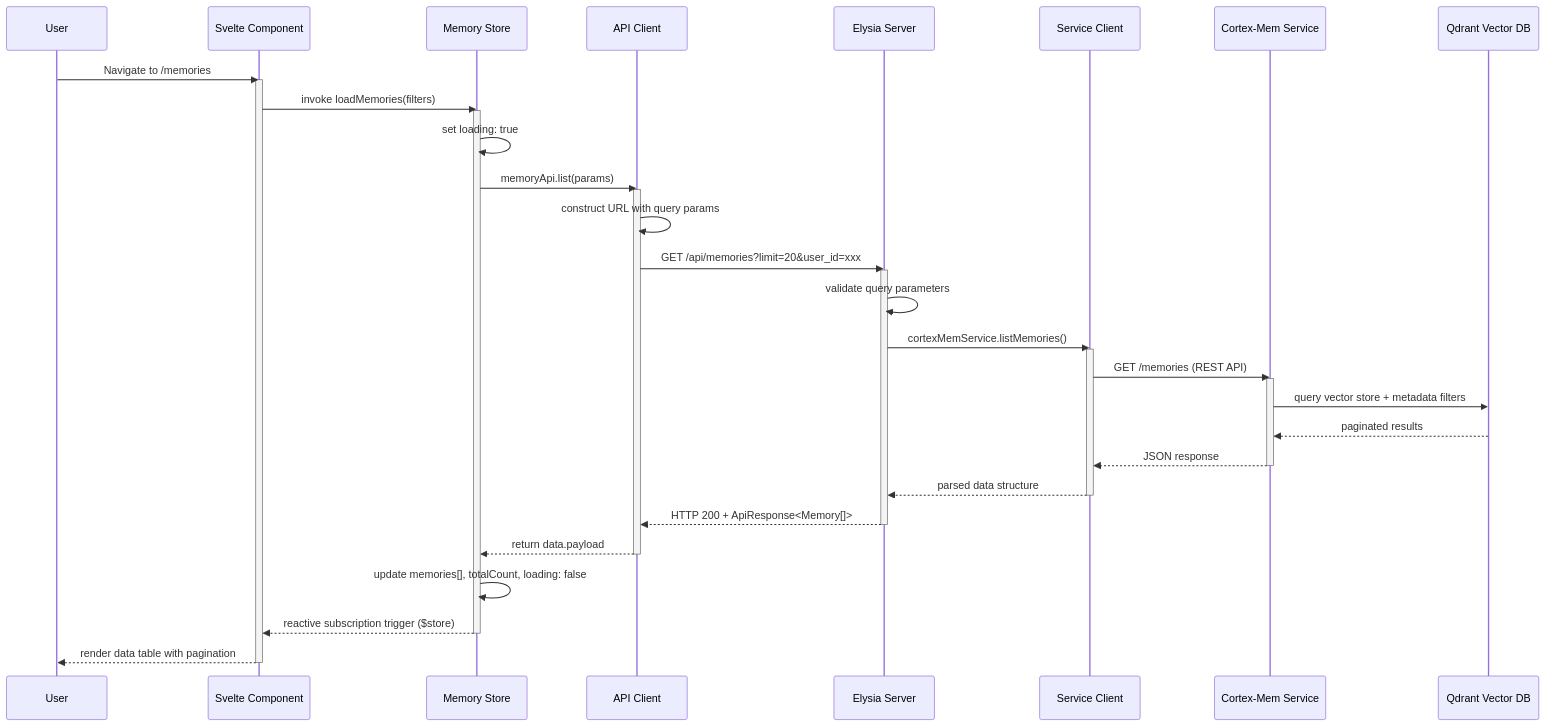
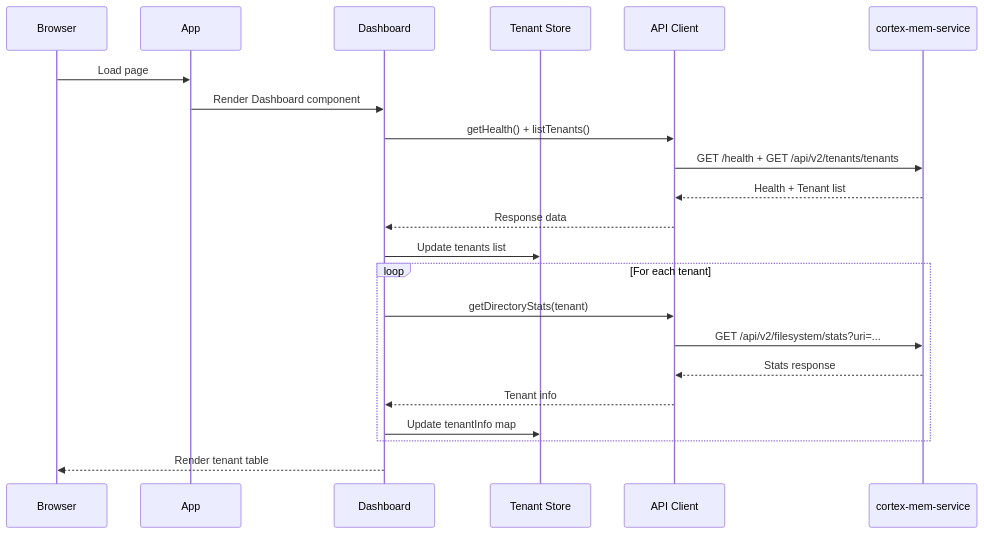
The second of 2 diagrams in litho.docs/en/4.Deep-Exploration/Monitoring and Insights Domain.md (sopaco/cortex-mem), drawn with Mermaid before and after one commit. The commit also changed other lines of this file and 6 other files, not shown here.

````diff
--- a/litho.docs/en/4.Deep-Exploration/Monitoring and Insights Domain.md
+++ b/litho.docs/en/4.Deep-Exploration/Monitoring and Insights Domain.md
@@ -201,42 +185,25 @@
 ```mermaid
 sequenceDiagram
-    participant User
-    participant UI as Svelte Component
-    participant Store as Memory Store
-    participant Client as API Client
-    participant Server as Elysia Server
-    participant Integration as Service Client
-    participant Core as Cortex-Mem Service
-    participant DB as Qdrant Vector DB
+    participant Browser
+    participant App
+    participant Dashboard
+    participant Store as Tenant Store
+    participant API as API Client
+    participant Service as cortex-mem-service
 
-    User->>UI: Navigate to /memories
-    activate UI
-    UI->>Store: invoke loadMemories(filters)
-    activate Store
-    Store->>Store: set loading: true
-    Store->>Client: memoryApi.list(params)
-    activate Client
-    Client->>Client: construct URL with query params
-    Client->>Server: GET /api/memories?limit=20&user_id=xxx
-    activate Server
-    Server->>Server: validate query parameters
-    Server->>Integration: cortexMemService.listMemories()
-    activate Integration
-    Integration->>Core: GET /memories (REST API)
-    activate Core
-    Core->>DB: query vector store + metadata filters
-    DB-->>Core: paginated results
-    Core-->>Integration: JSON response
-    deactivate Core
-    Integration-->>Server: parsed data structure
-    deactivate Integration
-    Server-->>Client: HTTP 200 + ApiResponse<Memory[]>
-    deactivate Server
-    Client-->>Store: return data.payload
-    deactivate Client
-    Store->>Store: update memories[], totalCount, loading: false
-    Store-->>UI: reactive subscription trigger ($store)
-    deactivate Store
-    UI-->>User: render data table with pagination
-    deactivate UI
+    Browser->>App: Load page
+    App->>Dashboard: Render Dashboard component
+    Dashboard->>API: getHealth() + listTenants()
+    API->>Service: GET /health + GET /api/v2/tenants/tenants
+    Service-->>API: Health + Tenant list
+    API-->>Dashboard: Response data
+    Dashboard->>Store: Update tenants list
+    loop For each tenant
+        Dashboard->>API: getDirectoryStats(tenant)
+        API->>Service: GET /api/v2/filesystem/stats?uri=...
+        Service-->>API: Stats response
+        API-->>Dashboard: Tenant info
+        Dashboard->>Store: Update tenantInfo map
+    end
+    Dashboard-->>Browser: Render tenant table
 ```
````
